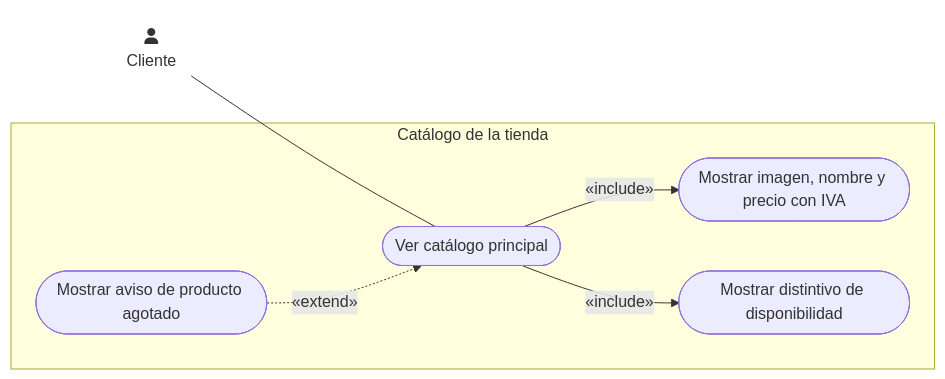
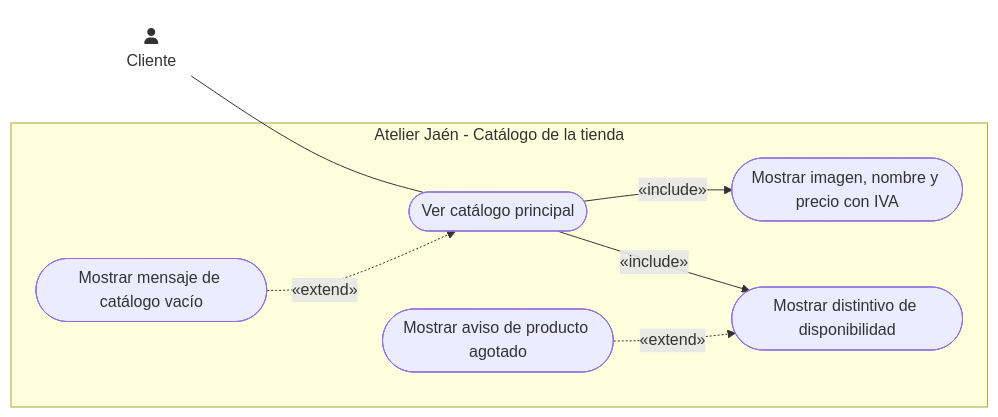
One commit to ajgarciarias10/PR3GPS changed the diagram in Practica3_G11_LaTeX/codigo/cu_us01.mmd. Above: the diagram before and after it, drawn with Mermaid. The commit also changed 42 other files, not shown here.

```diff
--- a/Practica3_G11_LaTeX/codigo/cu_us01.mmd
+++ b/Practica3_G11_LaTeX/codigo/cu_us01.mmd
@@ -1,13 +1,20 @@
 flowchart LR
-    subgraph SB1 ["Catálogo de la tienda"]
+    Cliente("fa:fa-user<br>Cliente")
+
+    subgraph SB1 ["Atelier Jaén - Catálogo de la tienda"]
         VerCatalogo([Ver catálogo principal])
         MostrarDatos([Mostrar imagen, nombre y precio con IVA])
         MostrarStock([Mostrar distintivo de disponibilidad])
+        CatalogoVacio([Mostrar mensaje de catálogo vacío])
         AvisoAgotado([Mostrar aviso de producto agotado])
     end
-    Cliente("fa:fa-user<br>Cliente") --- VerCatalogo
+
+    Cliente --- VerCatalogo
+
     VerCatalogo -->|«include»| MostrarDatos
     VerCatalogo -->|«include»| MostrarStock
-    AvisoAgotado -.->|«extend»| VerCatalogo
+    CatalogoVacio -.->|«extend»| VerCatalogo
+    AvisoAgotado -.->|«extend»| MostrarStock
+
     classDef actor fill:none,stroke:none;
     class Cliente actor;
```
